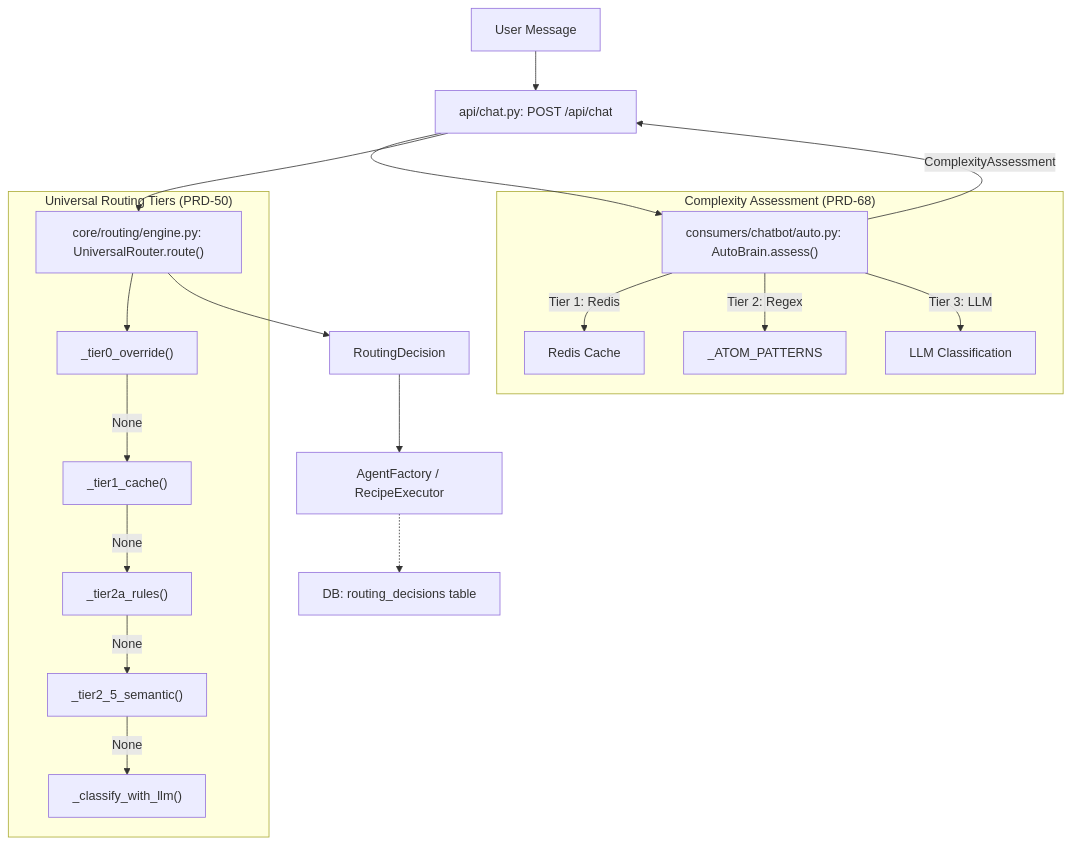
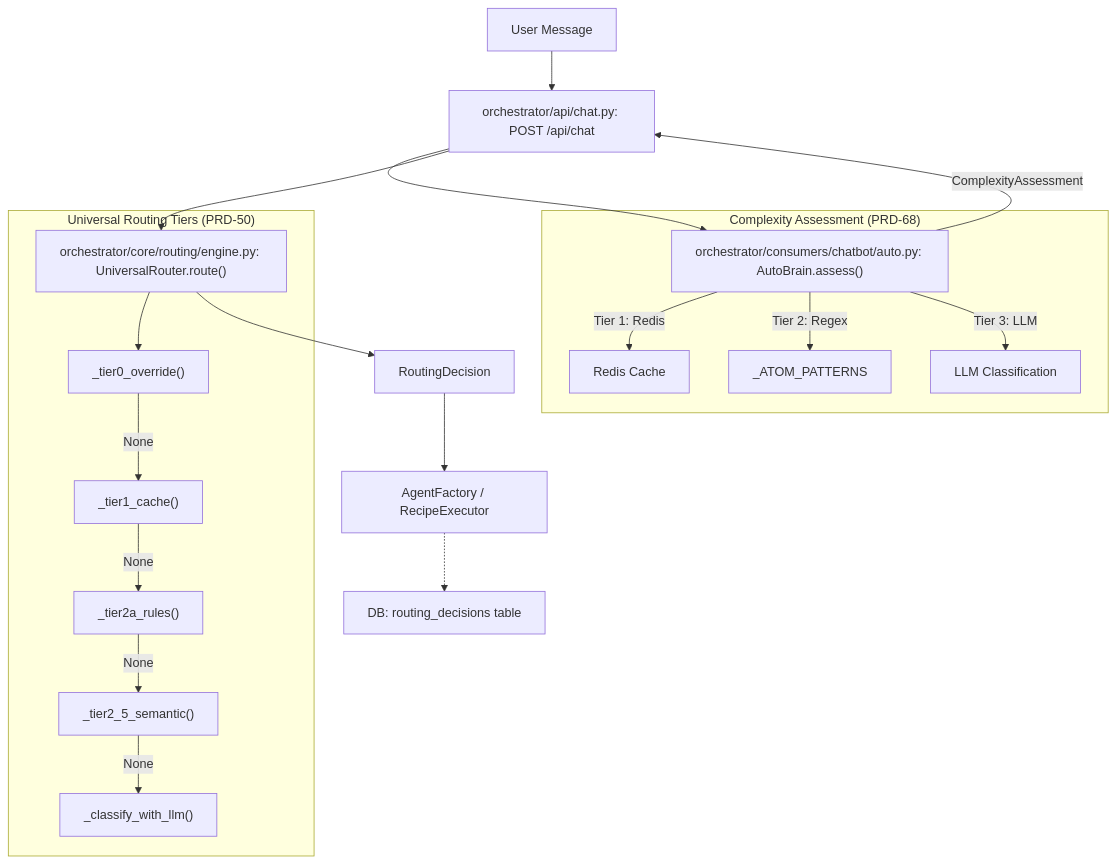
One commit to AutomatosAI/automatos-ai changed the second of 3 diagrams in docs/universal-router/routing-architecture.md. Above: the diagram before and after it, drawn with Mermaid. The commit also changed other lines of this file and 153 other files, not shown here.

````diff
--- a/docs/universal-router/routing-architecture.md
+++ b/docs/universal-router/routing-architecture.md
@@ -131,27 +107,27 @@
 ```mermaid
 graph TD
-    User["User Message"] --> ChatAPI["api/chat.py: POST /api/chat"]
-    ChatAPI --> AutoBrain["consumers/chatbot/auto.py: AutoBrain.assess()"]
+    User["User Message"] --> ChatAPI["orchestrator/api/chat.py: POST /api/chat"]
+    ChatAPI --> AutoBrain["orchestrator/consumers/chatbot/auto.py: AutoBrain.assess()"]
     
     subgraph "Complexity Assessment (PRD-68)"
         AutoBrain -->|Tier 1: Redis| ABCache["Redis Cache"]
         AutoBrain -->|Tier 2: Regex| ABRegex["_ATOM_PATTERNS"]
         AutoBrain -->|Tier 3: LLM| ABLLM["LLM Classification"]
     end
 
     AutoBrain -->|ComplexityAssessment| ChatAPI
-    ChatAPI --> Router["core/routing/engine.py: UniversalRouter.route()"]
+    ChatAPI --> Router["orchestrator/core/routing/engine.py: UniversalRouter.route()"]
 
     subgraph "Universal Routing Tiers (PRD-50)"
         Router --> T0["_tier0_override()"]
         T0 -->|None| T1["_tier1_cache()"]
         T1 -->|None| T2["_tier2a_rules()"]
         T2 -->|None| T25["_tier2_5_semantic()"]
         T25 -->|None| T3["_classify_with_llm()"]
     end
 
     Router --> Decision["RoutingDecision"]
     Decision --> Execution["AgentFactory / RecipeExecutor"]
     
     Execution -.-> Log["DB: routing_decisions table"]
 ```
````
